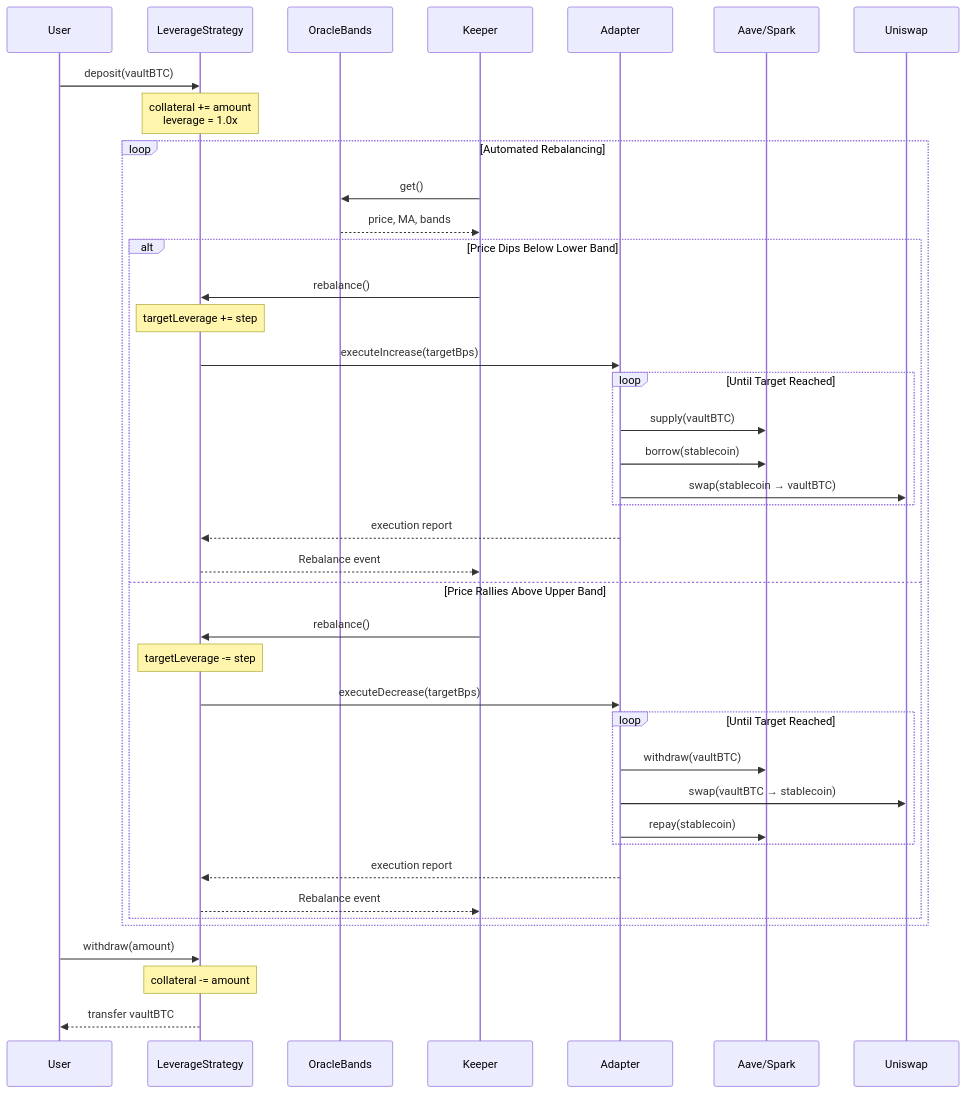
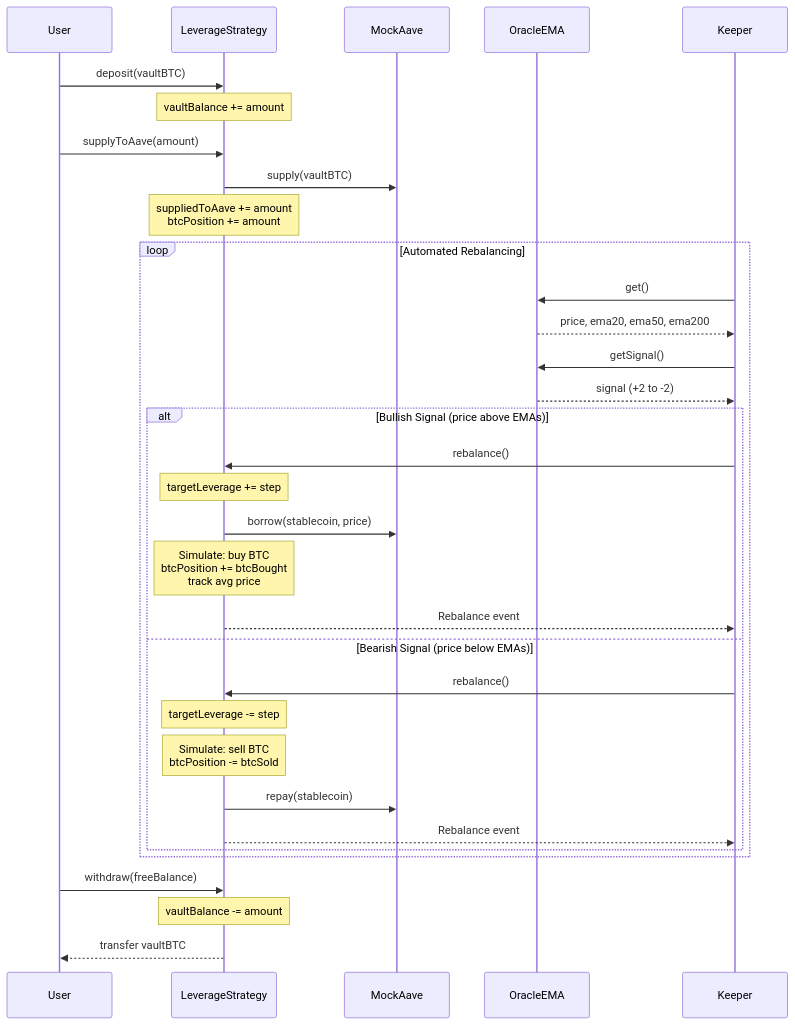
One commit to arifintahu/vault-strategy changed the second of 3 diagrams in .kiro/steering/architecture.md. Above: the diagram before and after it, drawn with Mermaid. The commit also changed other lines of this file and 10 other files, not shown here.

First line of the commit message:
feat(architecture): Migrate strategy to EMA-based leverage with Aave simulation

````diff
--- a/.kiro/steering/architecture.md
+++ b/.kiro/steering/architecture.md
@@ -252,51 +288,41 @@
 ```mermaid
 sequenceDiagram
     participant User
     participant Vault as LeverageStrategy
-    participant Oracle as OracleBands
+    participant Aave as MockAave
+    participant Oracle as OracleEMA
     participant Keeper
-    participant Adapter
-    participant Lending as Aave/Spark
-    participant DEX as Uniswap
     
     User->>Vault: deposit(vaultBTC)
-    Note over Vault: collateral += amount<br/>leverage = 1.0x
+    Note over Vault: vaultBalance += amount
+    
+    User->>Vault: supplyToAave(amount)
+    Vault->>Aave: supply(vaultBTC)
+    Note over Vault: suppliedToAave += amount<br/>btcPosition += amount
     
     loop Automated Rebalancing
         Keeper->>Oracle: get()
-        Oracle-->>Keeper: price, MA, bands
+        Oracle-->>Keeper: price, ema20, ema50, ema200
+        Keeper->>Oracle: getSignal()
+        Oracle-->>Keeper: signal (+2 to -2)
         
-        alt Price Dips Below Lower Band
+        alt Bullish Signal (price above EMAs)
             Keeper->>Vault: rebalance()
             Note over Vault: targetLeverage += step
-            Vault->>Adapter: executeIncrease(targetBps)
-            
-            loop Until Target Reached
-                Adapter->>Lending: supply(vaultBTC)
-                Adapter->>Lending: borrow(stablecoin)
-                Adapter->>DEX: swap(stablecoin → vaultBTC)
-            end
-            
-            Adapter-->>Vault: execution report
+            Vault->>Aave: borrow(stablecoin, price)
+            Note over Vault: Simulate: buy BTC<br/>btcPosition += btcBought<br/>track avg price
             Vault-->>Keeper: Rebalance event
         
-        else Price Rallies Above Upper Band
+        else Bearish Signal (price below EMAs)
             Keeper->>Vault: rebalance()
             Note over Vault: targetLeverage -= step
-            Vault->>Adapter: executeDecrease(targetBps)
-            
-            loop Until Target Reached
-                Adapter->>Lending: withdraw(vaultBTC)
-                Adapter->>DEX: swap(vaultBTC → stablecoin)
-                Adapter->>Lending: repay(stablecoin)
-            end
-            
-            Adapter-->>Vault: execution report
+            Note over Vault: Simulate: sell BTC<br/>btcPosition -= btcSold
+            Vault->>Aave: repay(stablecoin)
             Vault-->>Keeper: Rebalance event
         end
     end
     
-    User->>Vault: withdraw(amount)
-    Note over Vault: collateral -= amount
+    User->>Vault: withdraw(freeBalance)
+    Note over Vault: vaultBalance -= amount
     Vault-->>User: transfer vaultBTC
 ```
````
